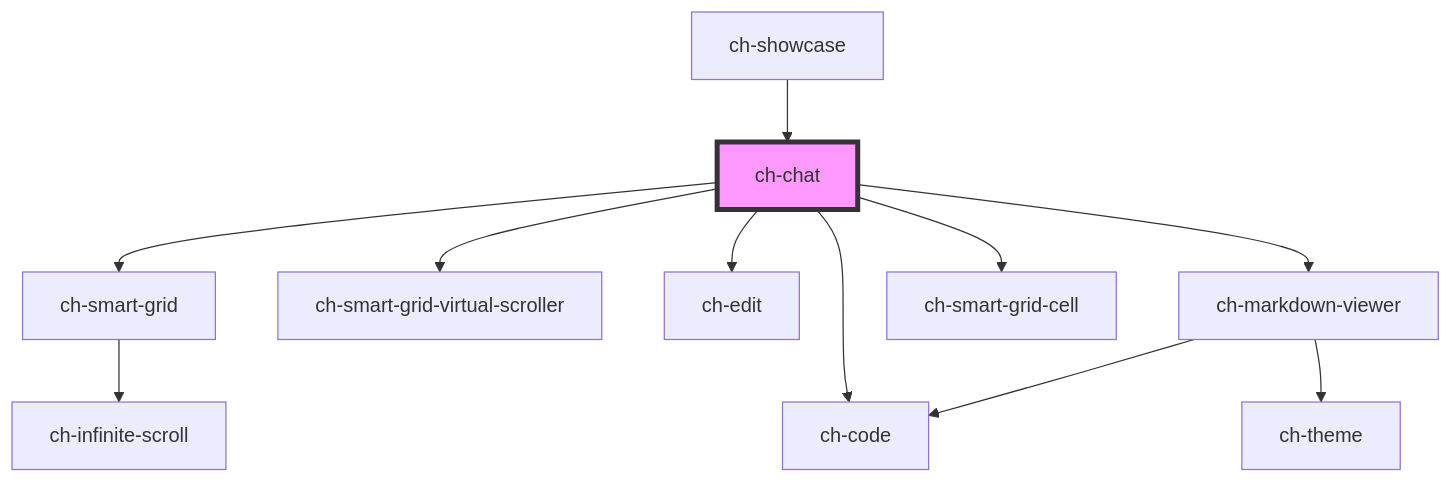
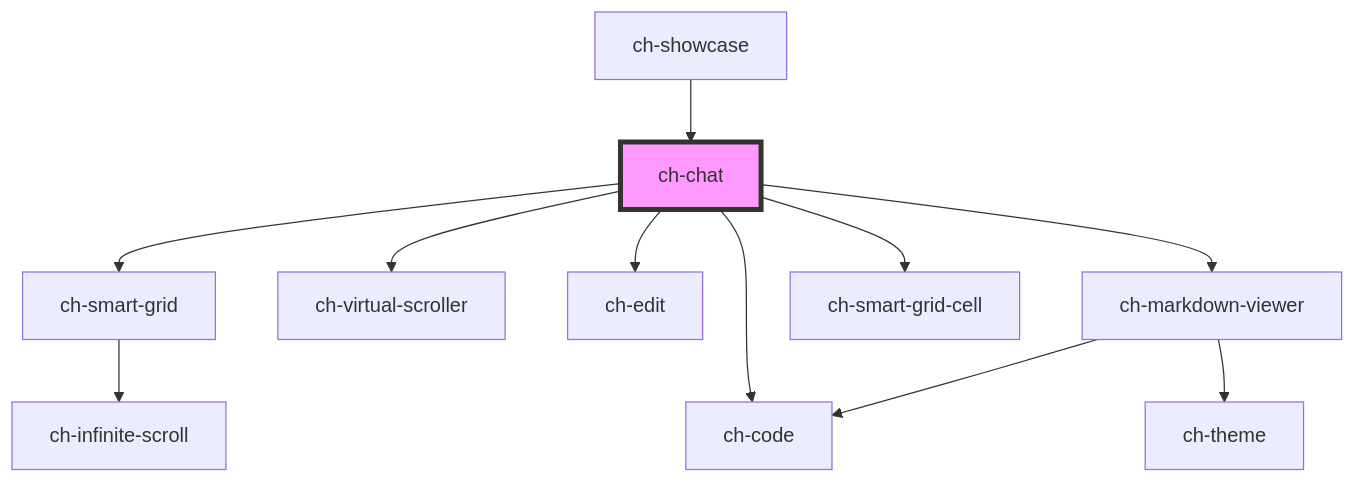
The diagram in src/components/chat/readme.md (genexuslabs/chameleon-controls-library), drawn with Mermaid before and after one commit. The commit also changed other lines of this file and 12 other files, not shown here.

Commit message:
Rename "ch-smart-grid-virtual-scroller" to "ch-virtual-scroller"

````diff
--- a/src/components/chat/readme.md
+++ b/src/components/chat/readme.md
@@ -140,14 +140,14 @@
 ```mermaid
 graph TD;
   ch-chat --> ch-smart-grid
-  ch-chat --> ch-smart-grid-virtual-scroller
+  ch-chat --> ch-virtual-scroller
   ch-chat --> ch-edit
   ch-chat --> ch-code
   ch-chat --> ch-markdown-viewer
   ch-chat --> ch-smart-grid-cell
   ch-smart-grid --> ch-infinite-scroll
   ch-markdown-viewer --> ch-theme
   ch-markdown-viewer --> ch-code
   ch-showcase --> ch-chat
   style ch-chat fill:#f9f,stroke:#333,stroke-width:4px
 ```
````
